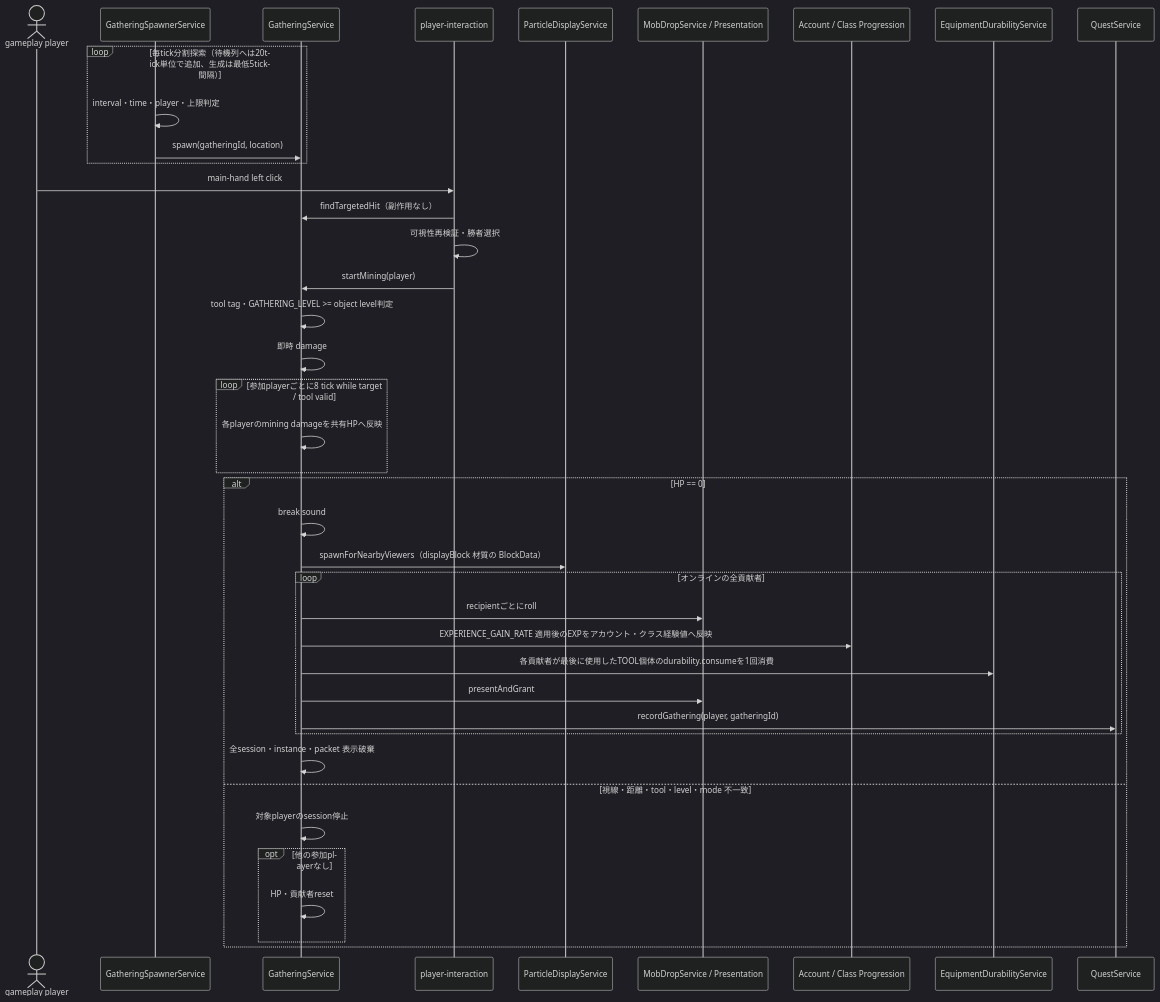
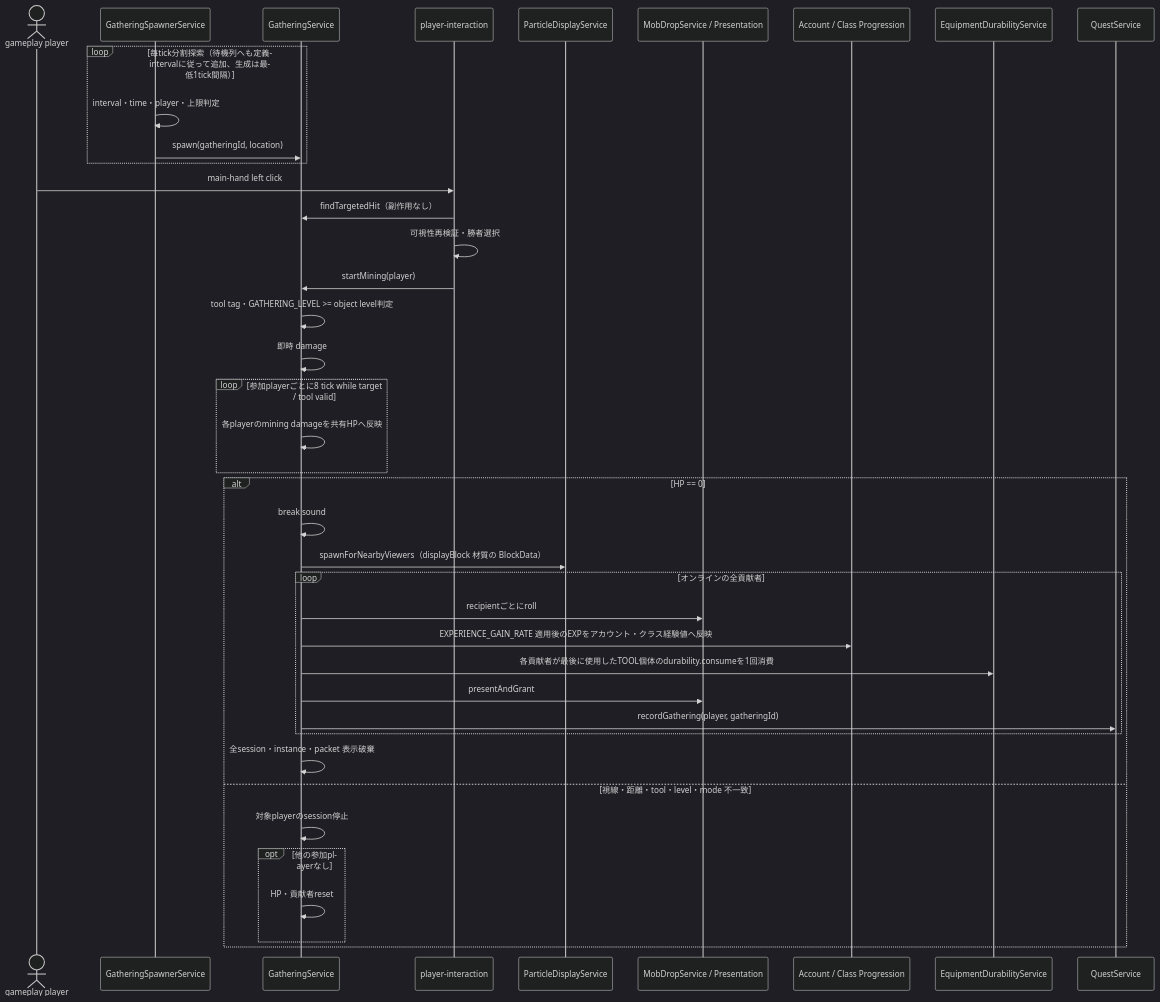
Before and after one commit to maaasu/AstralRecord-Workspace: the seventh of 7 diagrams in 00_docs/10_Plugin設計書/feature/12-mob/12_4-統合フロー.md, drawn with Mermaid (dark theme). The commit also changed 14 other files, not shown here.

````diff
--- a/00_docs/10_Plugin設計書/feature/12-mob/12_4-統合フロー.md
+++ b/00_docs/10_Plugin設計書/feature/12-mob/12_4-統合フロー.md
@@ -206,43 +206,43 @@
 ```mermaid
 sequenceDiagram
     actor Player as gameplay player
     participant Spawner as GatheringSpawnerService
     participant Gather as GatheringService
     participant Input as player-interaction
     participant Particle as ParticleDisplayService
     participant Drop as MobDropService / Presentation
     participant Progression as Account / Class Progression
     participant Durability as EquipmentDurabilityService
     participant Quest as QuestService
 
-    loop 毎tick分割探索（待機列へは20tick単位で追加、生成は最低5tick間隔）
+    loop 毎tick分割探索（待機列へも定義intervalに従って追加、生成は最低1tick間隔）
         Spawner->>Spawner: interval・time・player・上限判定
         Spawner->>Gather: spawn(gatheringId, location)
     end
     Player->>Input: main-hand left click
     Input->>Gather: findTargetedHit（副作用なし）
     Input->>Input: 可視性再検証・勝者選択
     Input->>Gather: startMining(player)
     Gather->>Gather: tool tag・GATHERING_LEVEL >= object level判定
     Gather->>Gather: 即時 damage
     loop 参加playerごとに8 tick while target / tool valid
         Gather->>Gather: 各playerのmining damageを共有HPへ反映
     end
     alt HP == 0
         Gather->>Gather: break sound
         Gather->>Particle: spawnForNearbyViewers（displayBlock 材質の BlockData）
         loop オンラインの全貢献者
             Gather->>Drop: recipientごとにroll
             Gather->>Progression: EXPERIENCE_GAIN_RATE 適用後のEXPをアカウント・クラス経験値へ反映
             Gather->>Durability: 各貢献者が最後に使用したTOOL個体のdurability.consumeを1回消費
             Gather->>Drop: presentAndGrant
             Gather->>Quest: recordGathering(player, gatheringId)
         end
         Gather->>Gather: 全session・instance・packet 表示破棄
     else 視線・距離・tool・level・mode 不一致
         Gather->>Gather: 対象playerのsession停止
         opt 他の参加playerなし
             Gather->>Gather: HP・貢献者reset
         end
     end
 ```
````
